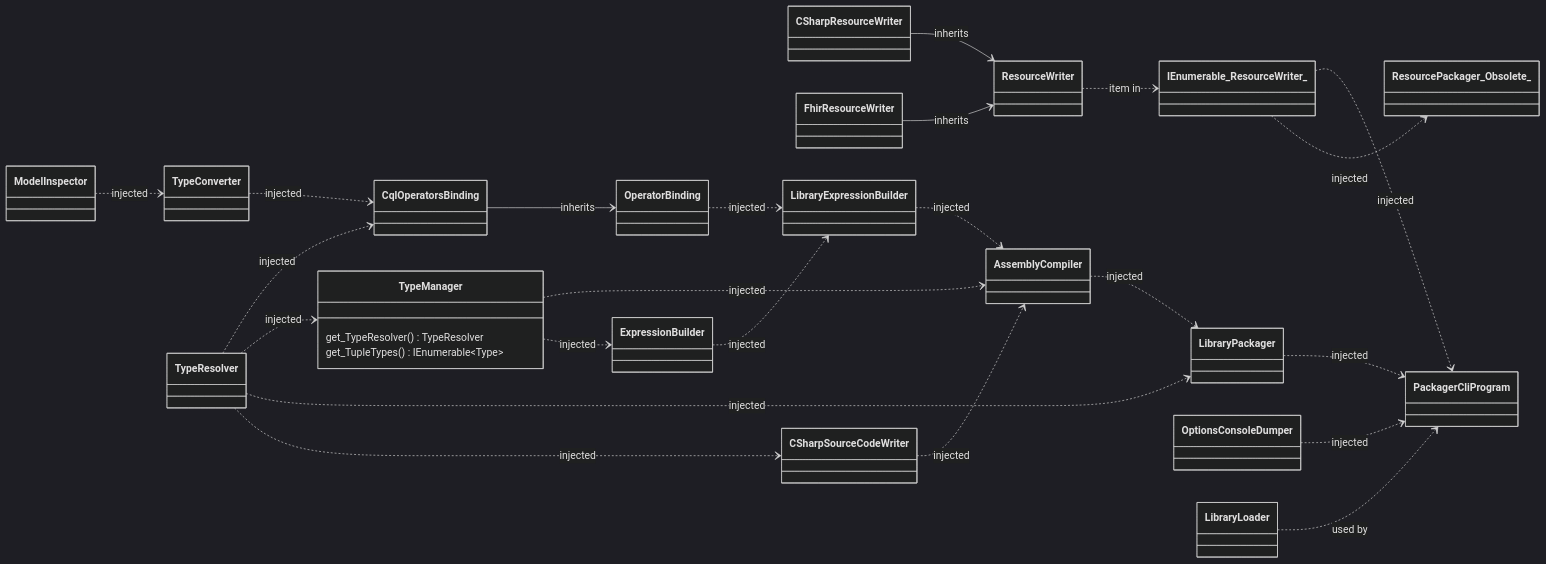
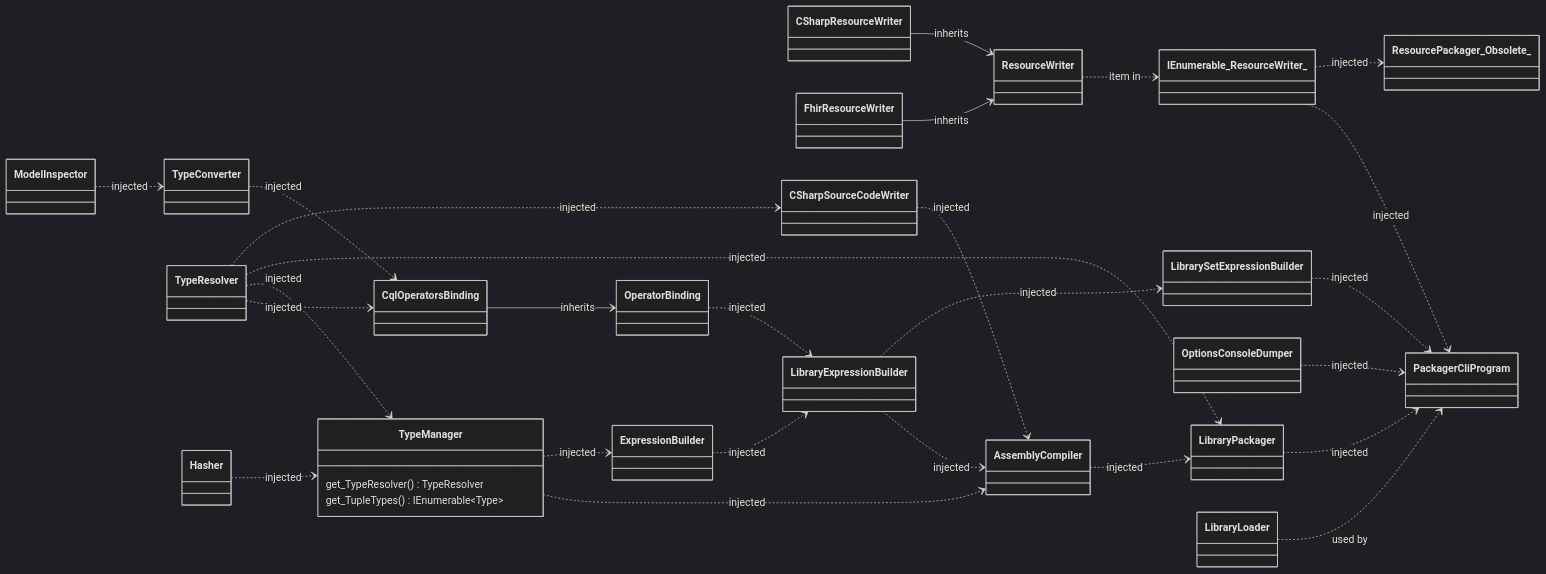
One commit to FirelyTeam/firely-cql-sdk changed the diagram in docs/packager-cli-dependency-graph.md. Above: the diagram before and after it, drawn with Mermaid (dark theme).

Commit message:
Update dependency graph

````diff
--- a/docs/packager-cli-dependency-graph.md
+++ b/docs/packager-cli-dependency-graph.md
@@ -5,49 +5,54 @@
 ```mermaid
 classDiagram
     direction LR
 
     class TypeManager {
         get_TypeResolver() TypeResolver
         get_TupleTypes() IEnumerable~Type~
     }
 
     %% HACK: Mermaid doesnt support commas withing generic, so use a similar looking character (﹐)
 
     %% Inheritance  
     CqlOperatorsBinding --> OperatorBinding : inherits
     CSharpResourceWriter --> ResourceWriter : inherits
     FhirResourceWriter --> ResourceWriter : inherits
 
     %% Injected Dependencies
     LibraryExpressionBuilder ..> AssemblyCompiler : injected
     CSharpSourceCodeWriter ..> AssemblyCompiler : injected
     TypeManager ..> AssemblyCompiler : injected
 
     TypeManager ..> ExpressionBuilder : injected
 
     IEnumerable_ResourceWriter_ ..> PackagerCliProgram : injected 
     LibraryPackager ..> PackagerCliProgram : injected 
     OptionsConsoleDumper ..> PackagerCliProgram : injected 
+    LibrarySetExpressionBuilder ..> PackagerCliProgram : injected
     LibraryLoader ..> PackagerCliProgram : used by 
+    
 
     TypeConverter ..> CqlOperatorsBinding : injected         
     TypeResolver ..> CqlOperatorsBinding : injected    
 
     ModelInspector ..> TypeConverter : injected  
 
+    Hasher ..> TypeManager : injected
     TypeResolver ..> TypeManager : injected
 
     TypeResolver ..> LibraryPackager : injected
     AssemblyCompiler ..> LibraryPackager : injected
     
     TypeResolver ..> CSharpSourceCodeWriter : injected
 
     ExpressionBuilder ..> LibraryExpressionBuilder : injected
     OperatorBinding ..> LibraryExpressionBuilder : injected
 
+    LibraryExpressionBuilder ..> LibrarySetExpressionBuilder : injected
+
     %% Rest
     ResourceWriter ..> IEnumerable_ResourceWriter_ : item in
 
     %% Obsolete
     IEnumerable_ResourceWriter_ ..> ResourcePackager_Obsolete_ : injected 
 ```
````
